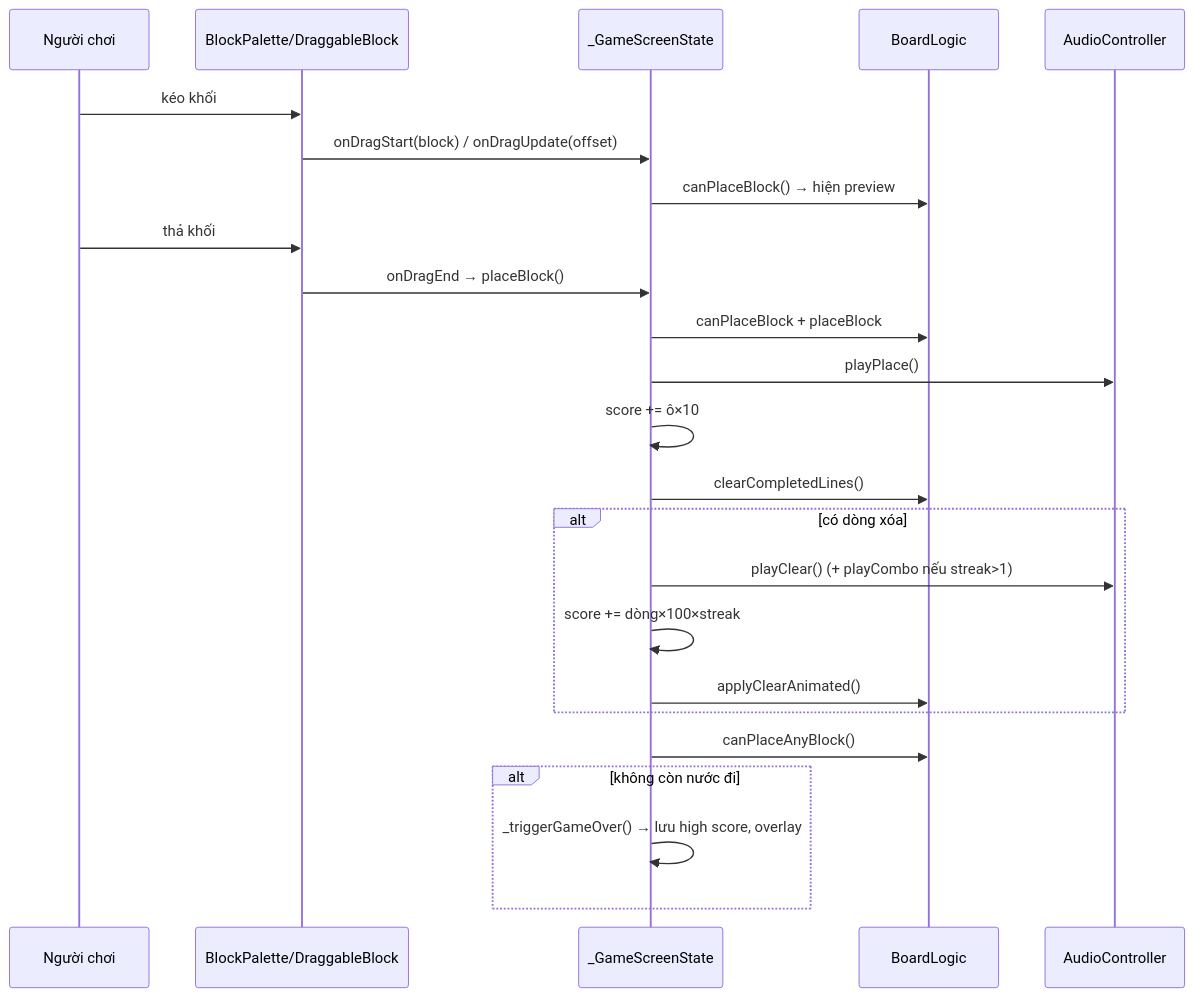
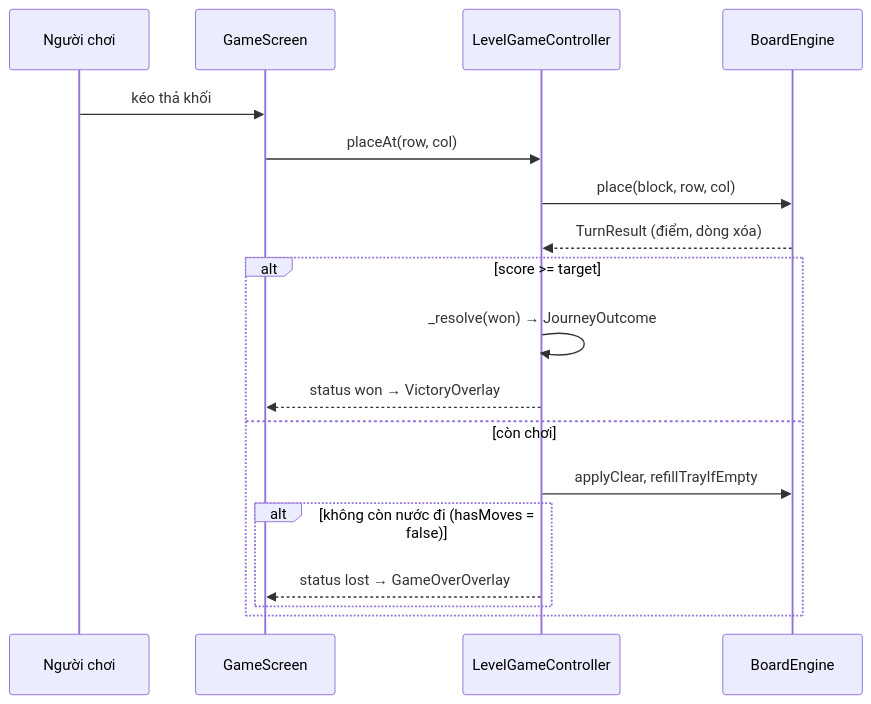
One commit to hoanghungchelseafcnew-ops/blockblast changed the second of 2 diagrams in aidlc/spaces/default/codekb/block-crush-game-main/architecture.md. Above: the diagram before and after it, drawn with Mermaid. The commit also changed other lines of this file and 443 other files, not shown here.

````diff
--- a/aidlc/spaces/default/codekb/block-crush-game-main/architecture.md
+++ b/aidlc/spaces/default/codekb/block-crush-game-main/architecture.md
@@ -46,26 +33,20 @@
 ```mermaid
 sequenceDiagram
   participant U as Người chơi
-  participant BP as BlockPalette/DraggableBlock
-  participant GS as _GameScreenState
-  participant BL as BoardLogic
-  participant AC as AudioController
-  U->>BP: kéo khối
-  BP->>GS: onDragStart(block) / onDragUpdate(offset)
-  GS->>BL: canPlaceBlock() → hiện preview
-  U->>BP: thả khối
-  BP->>GS: onDragEnd → placeBlock()
-  GS->>BL: canPlaceBlock + placeBlock
-  GS->>AC: playPlace()
-  GS->>GS: score += ô×10
-  GS->>BL: clearCompletedLines()
-  alt có dòng xóa
-    GS->>AC: playClear() (+ playCombo nếu streak>1)
-    GS->>GS: score += dòng×100×streak
-    GS->>BL: applyClearAnimated()
-  end
-  GS->>BL: canPlaceAnyBlock()
-  alt không còn nước đi
-    GS->>GS: _triggerGameOver() → lưu high score, overlay
+  participant G as GameScreen
+  participant C as LevelGameController
+  participant E as BoardEngine
+  U->>G: kéo thả khối
+  G->>C: placeAt(row, col)
+  C->>E: place(block, row, col)
+  E-->>C: TurnResult (điểm, dòng xóa)
+  alt score >= target
+    C->>C: _resolve(won) → JourneyOutcome
+    C-->>G: status won → VictoryOverlay
+  else còn chơi
+    C->>E: applyClear, refillTrayIfEmpty
+    alt không còn nước đi (hasMoves = false)
+      C-->>G: status lost → GameOverOverlay
+    end
   end
 ```
````
